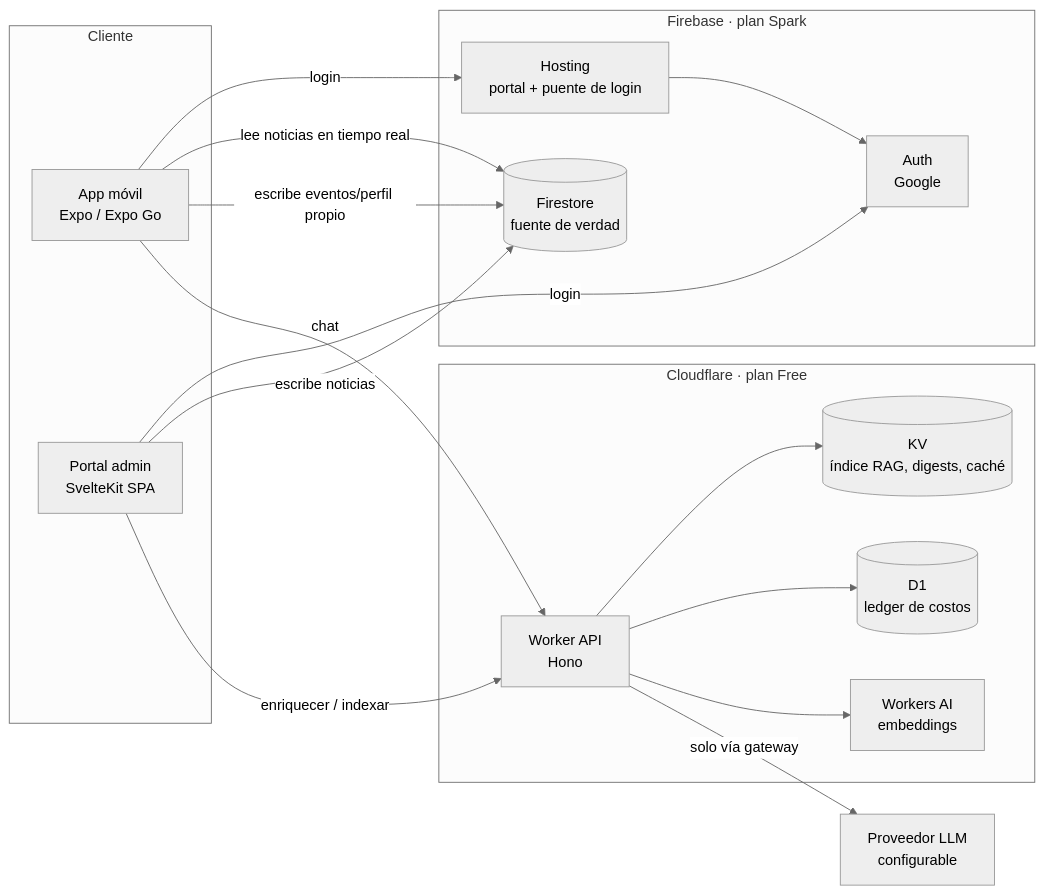
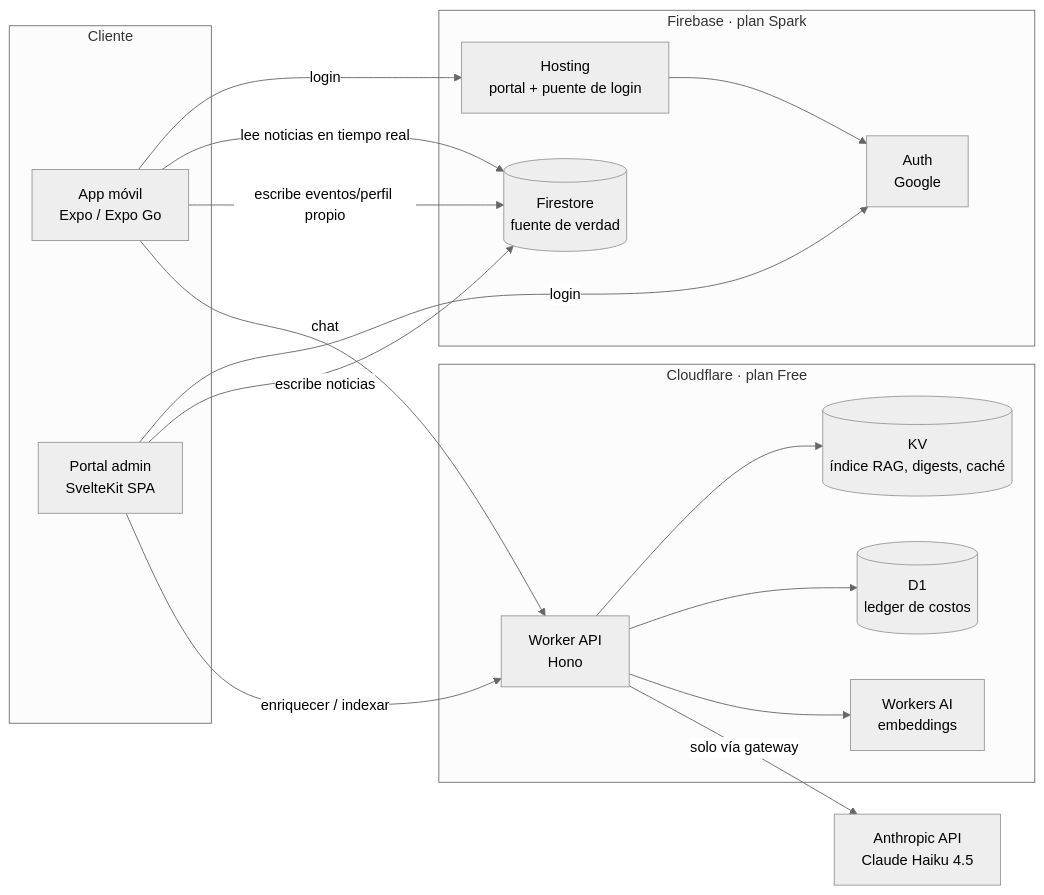
One commit to newsappequipo7/RAI-Project2 changed the diagram in docs/architecture/ARQUITECTURA.md. Above: the diagram before and after it, drawn with Mermaid (neutral theme). The commit also changed other lines of this file and 35 other files, not shown here.

````diff
--- a/docs/architecture/ARQUITECTURA.md
+++ b/docs/architecture/ARQUITECTURA.md
@@ -5,29 +5,29 @@
 ```mermaid
 flowchart LR
   subgraph Cliente
     M[App móvil<br/>Expo / Expo Go]
     A[Portal admin<br/>SvelteKit SPA]
   end
   subgraph Firebase [Firebase · plan Spark]
     AU[Auth<br/>Google]
     FS[(Firestore<br/>fuente de verdad)]
     H[Hosting<br/>portal + puente de login]
   end
   subgraph CF [Cloudflare · plan Free]
     W[Worker API<br/>Hono]
     KV[(KV<br/>índice RAG, digests, caché)]
     D1[(D1<br/>ledger de costos)]
     WAI[Workers AI<br/>embeddings]
   end
-  LLM[Proveedor LLM<br/>configurable]
+  LLM[Anthropic API<br/>Claude Haiku 4.5]
 
   M -- login --> H --> AU
   A -- login --> AU
   M -- lee noticias en tiempo real --> FS
   M -- escribe eventos/perfil propio --> FS
   A -- escribe noticias --> FS
   A -- enriquecer / indexar --> W
   M -- chat --> W
   W --> KV & D1 & WAI
   W -- solo vía gateway --> LLM
 ```
````
